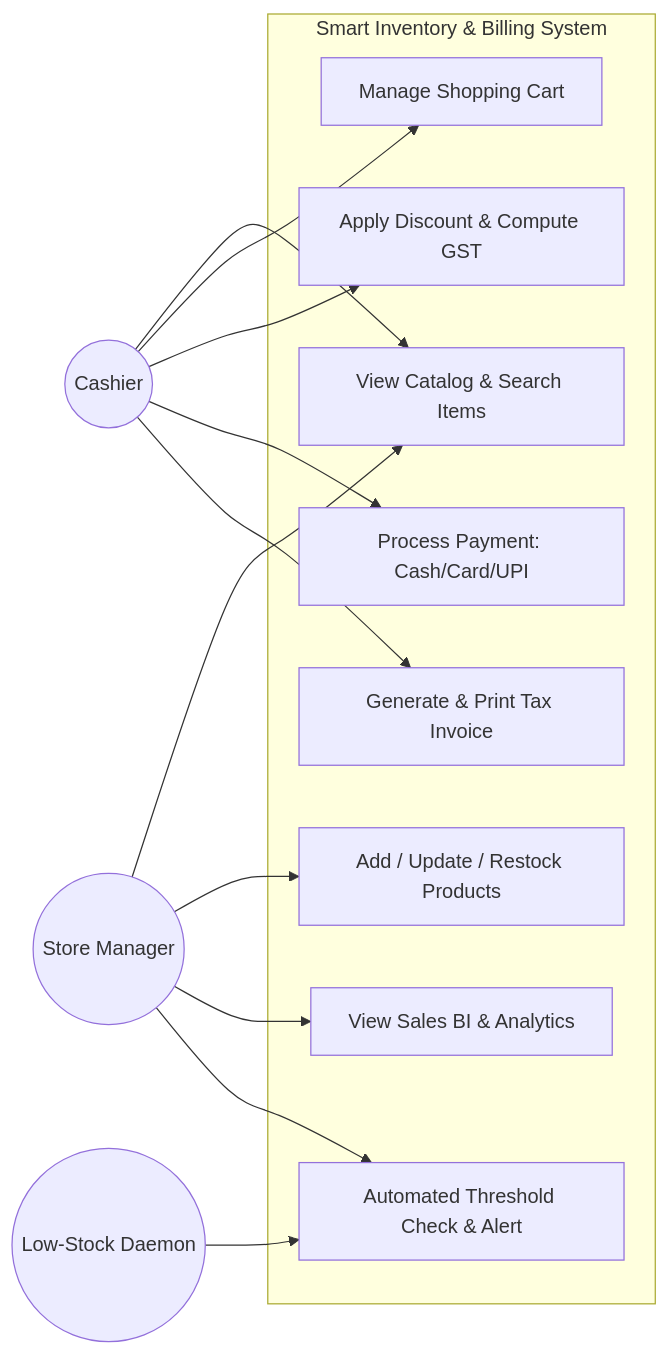
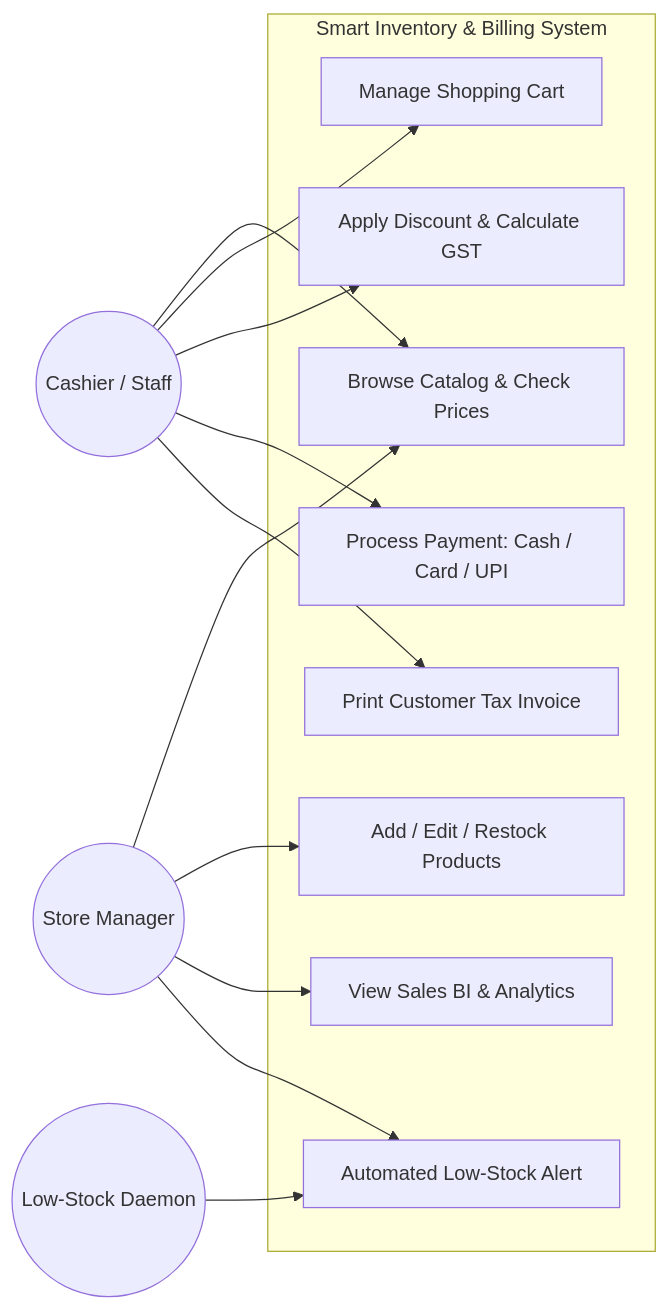
Before and after one commit to jayant25bai11172-pixel/smart-inventory-billing-system: the second of 6 diagrams in PROJECT_REPORT.md, drawn with Mermaid. The commit also changed other lines of this file and 2 other files, not shown here.

````diff
--- a/PROJECT_REPORT.md
+++ b/PROJECT_REPORT.md
@@ -149,30 +160,30 @@
 ```mermaid
 graph LR
-    Cashier((Cashier))
+    Cashier((Cashier / Staff))
     Manager((Store Manager))
     Daemon((Low-Stock Daemon))
 
-    subgraph Smart_Inventory_System ["Smart Inventory & Billing System"]
-        UC1[View Catalog & Search Items]
-        UC2[Add / Update / Restock Products]
+    subgraph Retail_Manager ["Smart Inventory & Billing System"]
+        UC1[Browse Catalog & Check Prices]
+        UC2[Add / Edit / Restock Products]
         UC3[Manage Shopping Cart]
-        UC4[Apply Discount & Compute GST]
-        UC5[Process Payment: Cash/Card/UPI]
-        UC6[Generate & Print Tax Invoice]
+        UC4[Apply Discount & Calculate GST]
+        UC5[Process Payment: Cash / Card / UPI]
+        UC6[Print Customer Tax Invoice]
         UC7[View Sales BI & Analytics]
-        UC8[Automated Threshold Check & Alert]
+        UC8[Automated Low-Stock Alert]
     end
 
     Cashier --> UC1
     Cashier --> UC3
     Cashier --> UC4
     Cashier --> UC5
     Cashier --> UC6
 
     Manager --> UC1
     Manager --> UC2
     Manager --> UC7
     Manager --> UC8
 
     Daemon --> UC8
 ```
````
